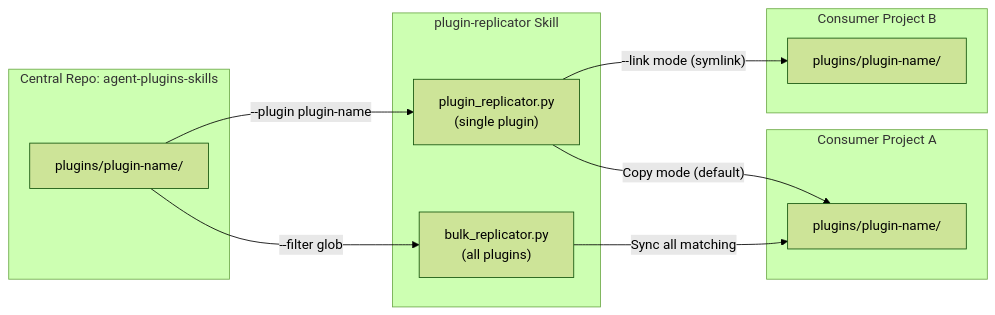
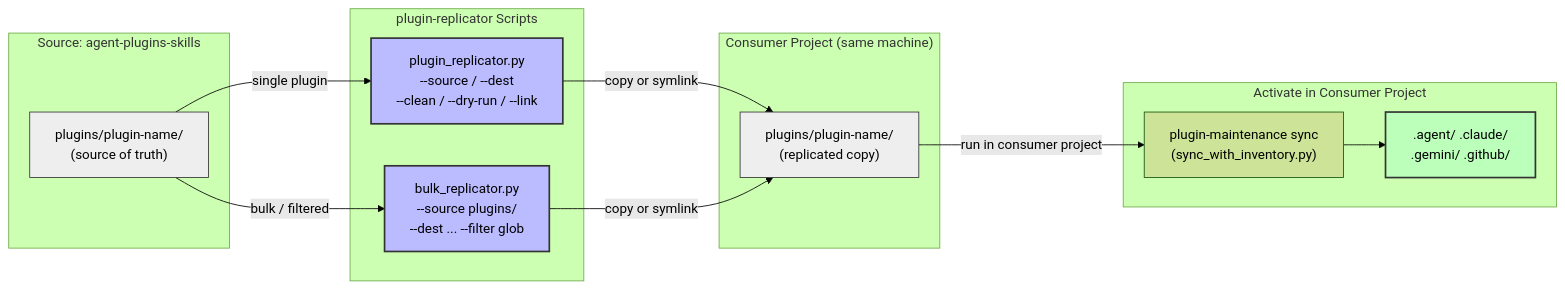
Before and after one commit to richfrem/agent-plugins-skills: the diagram in plugins/plugin-manager/skills/plugin-replicator/references/plugin_replicator_diagram.mmd, drawn with Mermaid (forest theme). The commit also changed 5 other files, not shown here.

Commit message:
feat: rewrite plugin_replicator + bulk_replicator with flexible --source/--dest/--clean/--dry-run interface; update commands, README, SKILL.md, diagram

```diff
--- a/plugins/plugin-manager/skills/plugin-replicator/references/plugin_replicator_diagram.mmd
+++ b/plugins/plugin-manager/skills/plugin-replicator/references/plugin_replicator_diagram.mmd
@@ -1,25 +1,32 @@
 flowchart LR
-    subgraph Central ["Central Repo: agent-plugins-skills"]
-        Plugins["plugins/plugin-name/"]
+    subgraph Source ["Source: agent-plugins-skills"]
+        SP["plugins/plugin-name/\n(source of truth)"]
     end
 
-    subgraph Replicator ["plugin-replicator Skill"]
-        PR["plugin_replicator.py\n(single plugin)"]
-        BR["bulk_replicator.py\n(all plugins)"]
+    subgraph Replicator ["plugin-replicator Scripts"]
+        PR["plugin_replicator.py\n--source / --dest\n--clean / --dry-run / --link"]
+        BR["bulk_replicator.py\n--source plugins/\n--dest ... --filter glob"]
     end
 
-    subgraph Project1 ["Consumer Project A"]
-        Target1["plugins/plugin-name/"]
+    subgraph DestProject ["Consumer Project (same machine)"]
+        DP["plugins/plugin-name/\n(replicated copy)"]
     end
 
-    subgraph Project2 ["Consumer Project B"]
-        Target2["plugins/plugin-name/"]
+    subgraph Activation ["Activate in Consumer Project"]
+        PM["plugin-maintenance sync\n(sync_with_inventory.py)"]
+        AE[".agent/ .claude/\n.gemini/ .github/"]
     end
 
-    %% Flows
-    Plugins -->|"--plugin plugin-name"| PR
-    Plugins -->|"--filter glob"| BR
+    SP -->|"single plugin"| PR
+    SP -->|"bulk / filtered"| BR
+    PR -->|"copy or symlink"| DP
+    BR -->|"copy or symlink"| DP
+    DP -->|"run in consumer project"| PM
+    PM --> AE
 
-    PR -->|"Copy mode (default)"| Target1
-    PR -->|"--link mode (symlink)"| Target2
-    BR -->|"Sync all matching"| Target1
+    classDef script fill:#bbf,stroke:#333,stroke-width:2px
+    classDef store fill:#eee,stroke:#333,stroke-width:1px
+    classDef agent fill:#bfb,stroke:#333,stroke-width:2px
+    class PR,BR script
+    class SP,DP store
+    class AE agent
```
